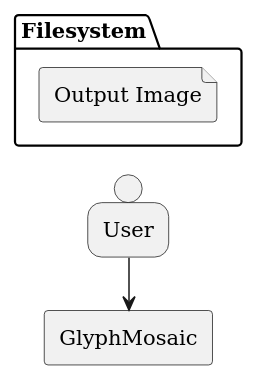
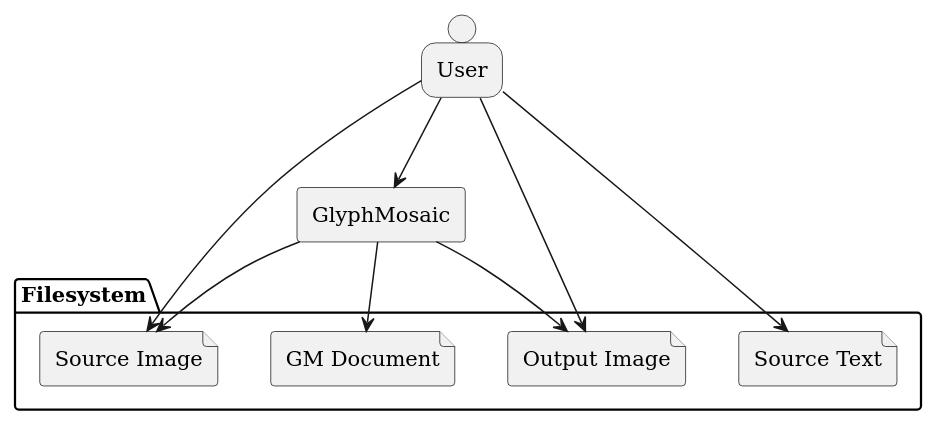
The diagram in documentation/Specification/diagrams/context.plantuml (zwerdlds/GlyphMosaic), drawn with PlantUML before and after one commit. The commit also changed 23 other files, not shown here.

```diff
--- a/documentation/Specification/diagrams/context.plantuml
+++ b/documentation/Specification/diagrams/context.plantuml
@@ -1,20 +1,25 @@
 @startuml context
-left to right direction
 skinparam componentStyle uml1
 skinparam defaultFontName DejaVu Serif
-skinparam linetype ortho
 
 person "User" as usr
 
 agent "GlyphMosaic" as gm
 
 package Filesystem as fs {
   file "Source Image" as si
-  file "Source Text" as si
-  file "GM Document" as si
-  file "Output Image" as si
+  file "Source Text" as st
+  file "GM Document" as gd
+  file "Output Image" as oi
 }
 
-usr -r-> gm
+usr --> gm
+gm --> si
+gm --> gd
+gm --> oi
+
+usr --> si
+usr --> st
+usr --> oi
 
 @enduml
```
